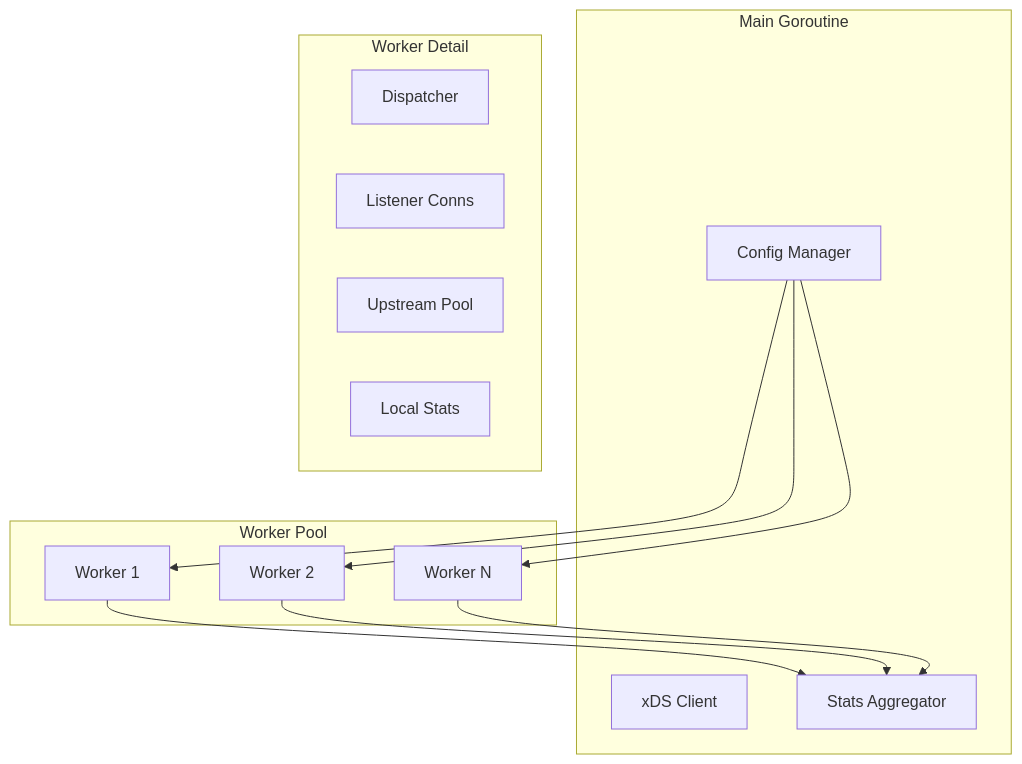
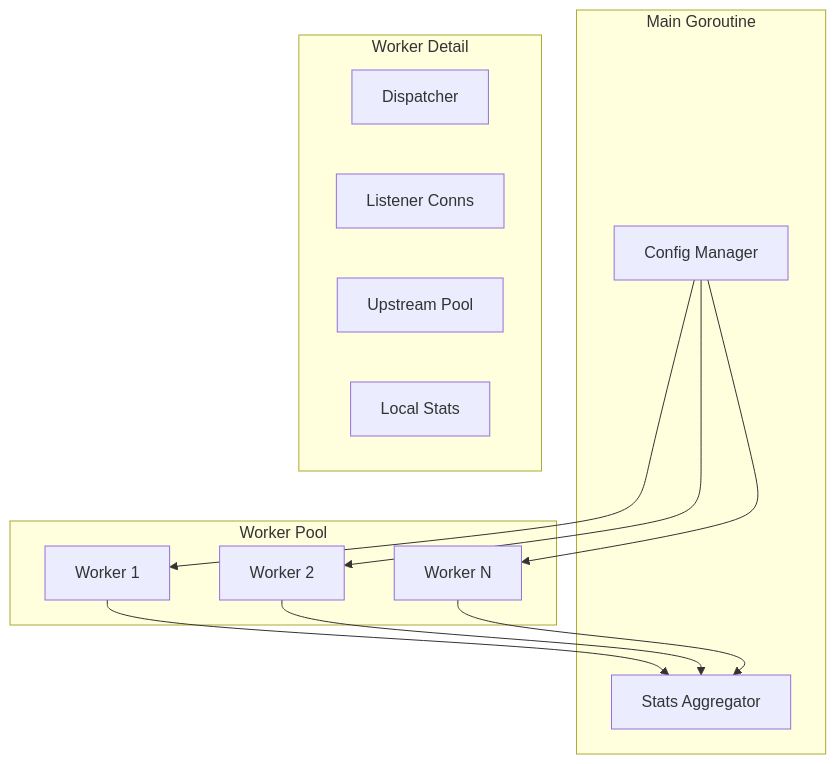
Before and after one commit to getkatembe/incubator-smppd: the first of 18 diagrams in DESIGN.md, drawn with Mermaid. The commit also changed other lines of this file, not shown here.

````diff
--- a/DESIGN.md
+++ b/DESIGN.md
@@ -27,29 +27,28 @@
 ```mermaid
 graph TB
     subgraph MainThread[Main Goroutine]
         CFG[Config Manager]
-        XDS[xDS Client]
         AGG[Stats Aggregator]
     end
 
     subgraph Workers[Worker Pool]
         W1[Worker 1]
         W2[Worker 2]
         W3[Worker N]
     end
 
     subgraph Worker1Detail[Worker Detail]
         DISP[Dispatcher]
         LCONN[Listener Conns]
         UPOOL[Upstream Pool]
         LSTATS[Local Stats]
     end
 
     CFG --> W1
     CFG --> W2
     CFG --> W3
 
     W1 --> AGG
     W2 --> AGG
     W3 --> AGG
 ```
````
